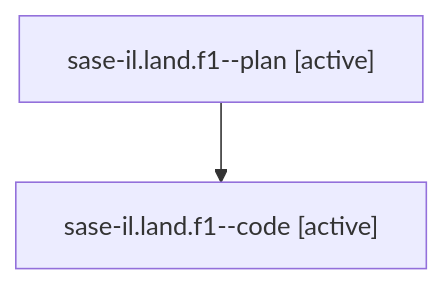
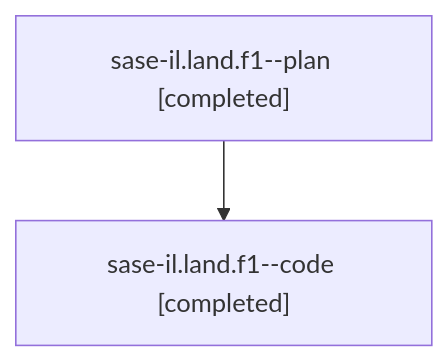
One commit to sase-org/sase--agents changed the diagram in families/bbugyi200.athena.sase-il.land.f1.md. Above: the diagram before and after it, drawn with Mermaid. The commit also changed other lines of this file and 29 other files, not shown here.

````diff
--- a/families/bbugyi200.athena.sase-il.land.f1.md
+++ b/families/bbugyi200.athena.sase-il.land.f1.md
@@ -9,6 +9,6 @@
 ```mermaid
 flowchart TD
-  n0["sase-il.land.f1--plan [active]"]
-  n1["sase-il.land.f1--code [active]"]
+  n0["sase-il.land.f1--plan [completed]"]
+  n1["sase-il.land.f1--code [completed]"]
   n0 --> n1
 ```
````
